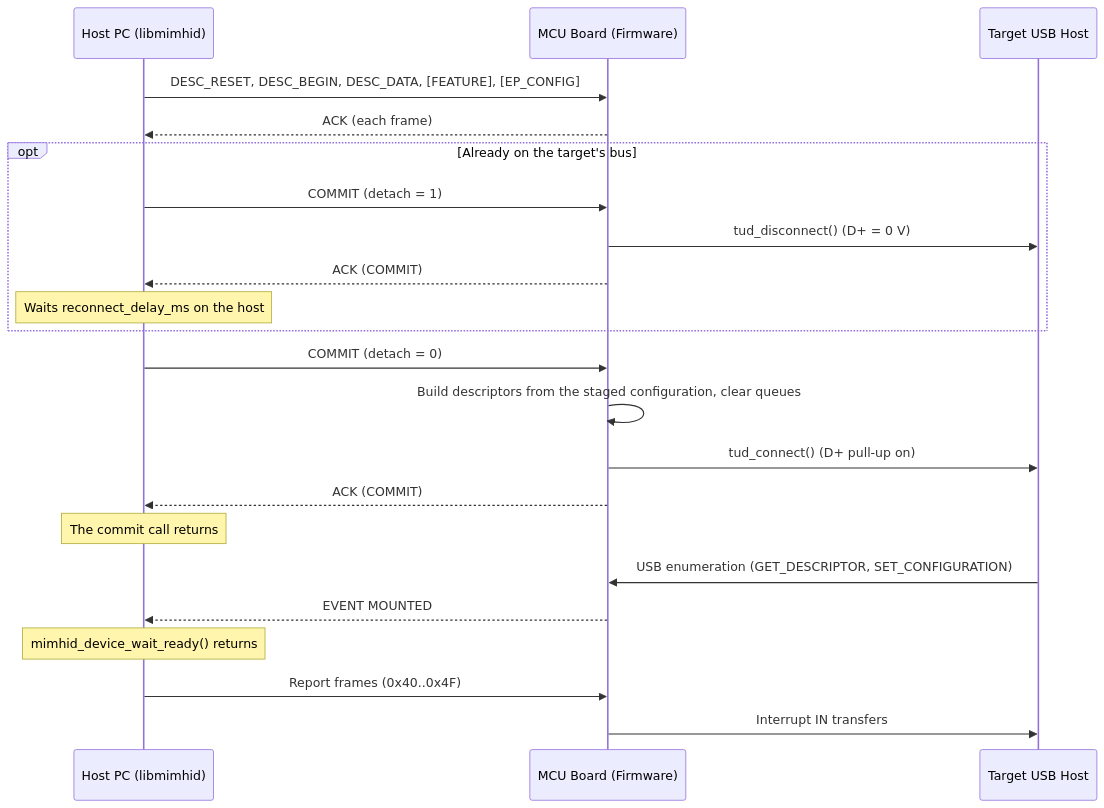
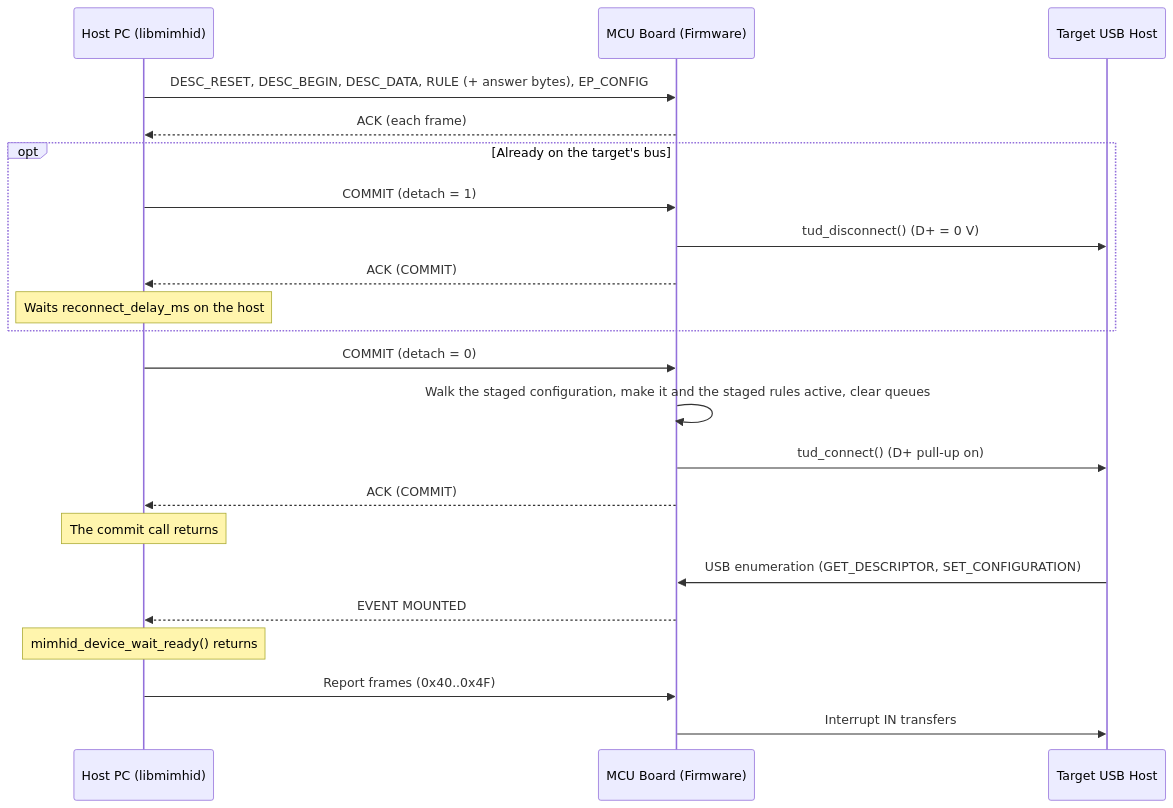
One commit to nemarpuc/libmimhid changed the second of 2 diagrams in docs/ARCHITECTURE.md. Above: the diagram before and after it, drawn with Mermaid. The commit also changed other lines of this file and 88 other files, not shown here.

First line of the commit message:
Run every interface on the generic driver, and answer endpoint 0 from control rules

````diff
--- a/docs/ARCHITECTURE.md
+++ b/docs/ARCHITECTURE.md
@@ -77,25 +77,25 @@
 ```mermaid
 sequenceDiagram
     participant Host as Host PC (libmimhid)
     participant Board as MCU Board (Firmware)
     participant Target as Target USB Host
 
-    Host->>Board: DESC_RESET, DESC_BEGIN, DESC_DATA, [FEATURE], [EP_CONFIG]
+    Host->>Board: DESC_RESET, DESC_BEGIN, DESC_DATA, RULE (+ answer bytes), EP_CONFIG
     Board-->>Host: ACK (each frame)
     opt Already on the target's bus
         Host->>Board: COMMIT (detach = 1)
         Board->>Target: tud_disconnect() (D+ = 0 V)
         Board-->>Host: ACK (COMMIT)
         Note over Host: Waits reconnect_delay_ms on the host
     end
     Host->>Board: COMMIT (detach = 0)
-    Board->>Board: Build descriptors from the staged configuration, clear queues
+    Board->>Board: Walk the staged configuration, make it and the staged rules active, clear queues
     Board->>Target: tud_connect() (D+ pull-up on)
     Board-->>Host: ACK (COMMIT)
     Note over Host: The commit call returns
     Target->>Board: USB enumeration (GET_DESCRIPTOR, SET_CONFIGURATION)
     Board-->>Host: EVENT MOUNTED
     Note over Host: mimhid_device_wait_ready() returns
     Host->>Board: Report frames (0x40..0x4F)
     Board->>Target: Interrupt IN transfers
 ```
````
